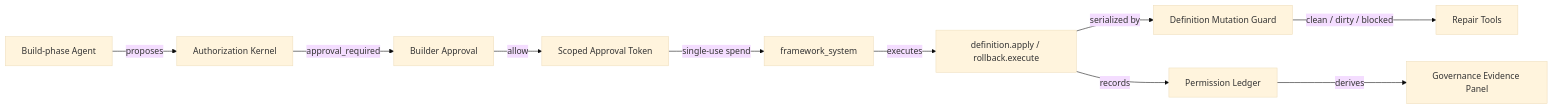
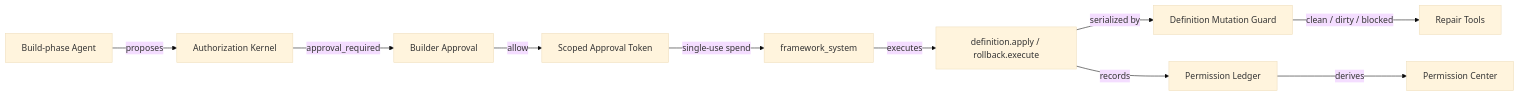
The diagram in docs/architecture/milestone-2-snapshot.md (pandazki/pneuma-framework), drawn with Mermaid (base theme) before and after one commit. The commit also changed other lines of this file and 2 other files, not shown here.

Commit message:
docs: record permission center milestone

````diff
--- a/docs/architecture/milestone-2-snapshot.md
+++ b/docs/architecture/milestone-2-snapshot.md
@@ -84,12 +85,12 @@
 ```mermaid
 flowchart LR
   A["Build-phase Agent"] -->|"proposes"| B["Authorization Kernel"]
   B -->|"approval_required"| C["Builder Approval"]
   C -->|"allow"| D["Scoped Approval Token"]
   D -->|"single-use spend"| E["framework_system"]
   E -->|"executes"| F["definition.apply / rollback.execute"]
   F -->|"serialized by"| G["Definition Mutation Guard"]
   G -->|"clean / dirty / blocked"| H["Repair Tools"]
   F -->|"records"| I["Permission Ledger"]
-  I -->|"derives"| J["Governance Evidence Panel"]
+  I -->|"derives"| J["Permission Center"]
 ```
````
